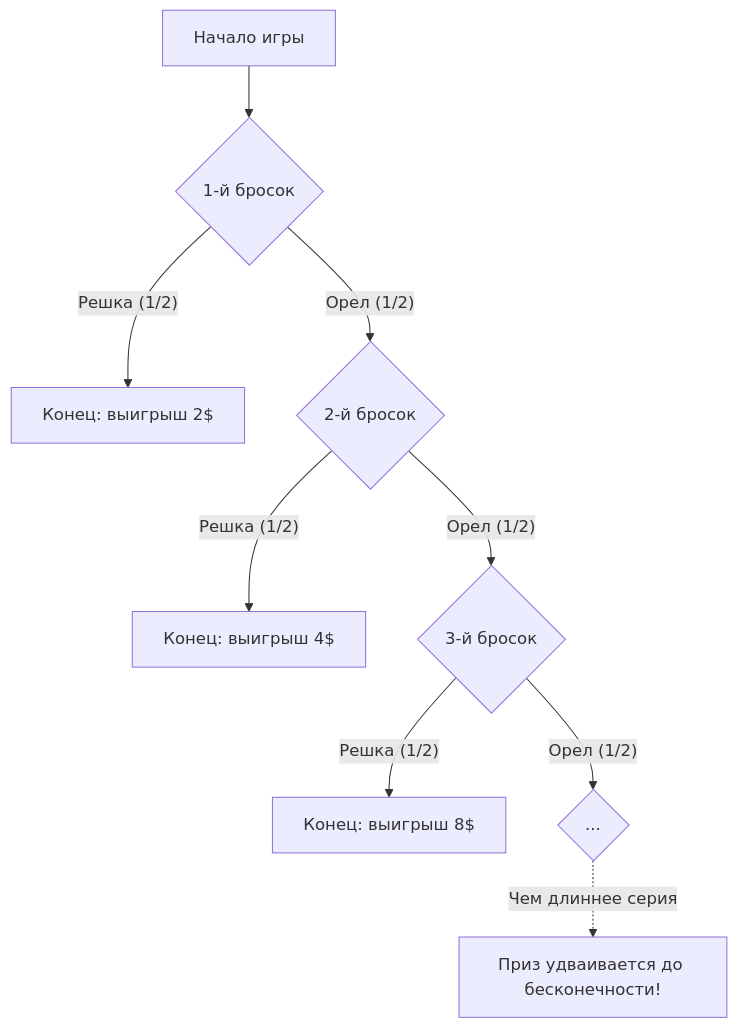
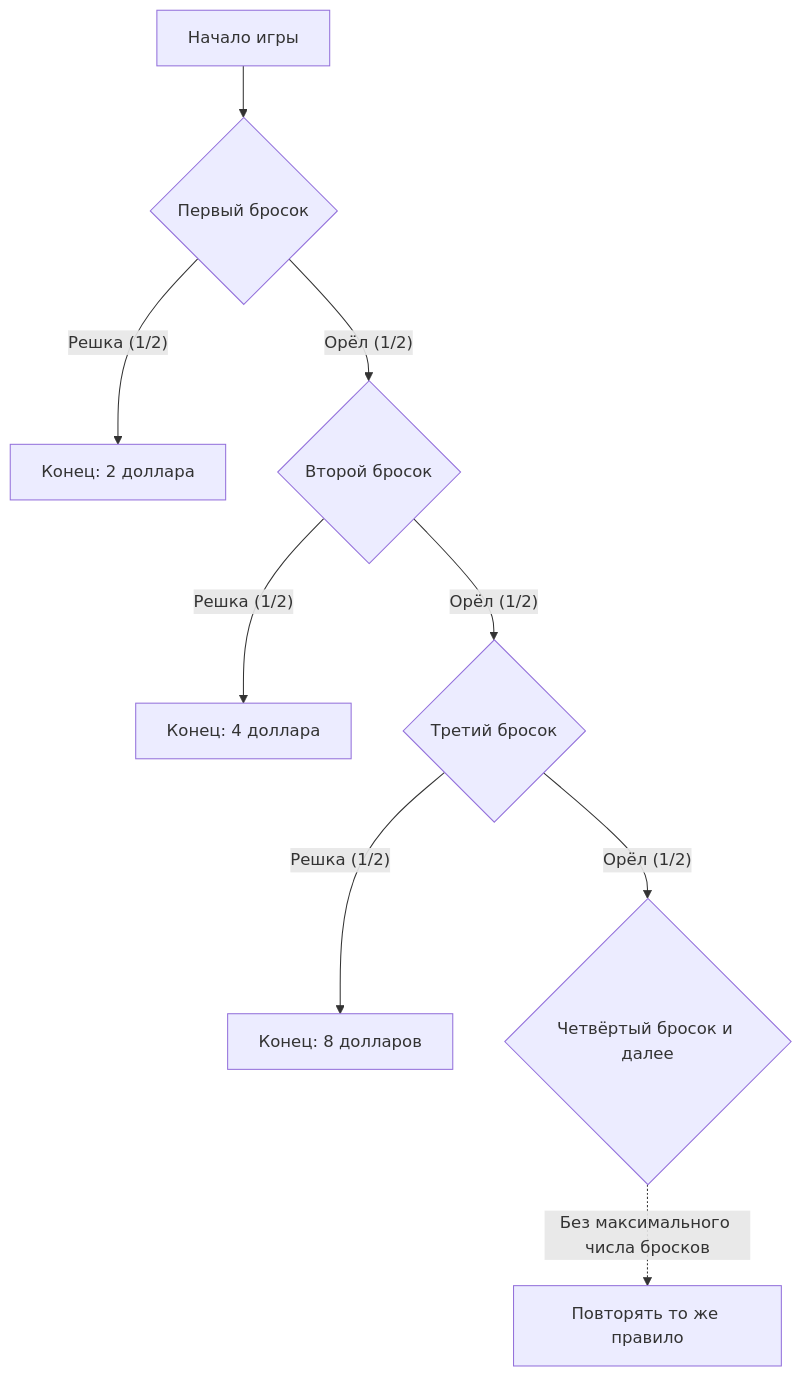
The diagram in content/post/サンクトペテルブルクのパラドックス/index.ru.md (kenjinote/blog), drawn with Mermaid before and after one commit. The commit also changed other lines of this file and 8 other files, not shown here.

````diff
--- a/content/post/サンクトペテルブルクのパラドックス/index.ru.md
+++ b/content/post/サンクトペテルブルクのパラドックス/index.ru.md
@@ -33,15 +32,11 @@
 ```mermaid
 graph TD
-    Start["Начало игры"] --> Toss1{"1-й бросок"}
-    
-    Toss1 -->|"Решка (1/2)"| End1["Конец: выигрыш 2$"]
-    Toss1 -->|"Орел (1/2)"| Toss2{"2-й бросок"}
-    
-    Toss2 -->|"Решка (1/2)"| End2["Конец: выигрыш 4$"]
-    Toss2 -->|"Орел (1/2)"| Toss3{"3-й бросок"}
-    
-    Toss3 -->|"Решка (1/2)"| End3["Конец: выигрыш 8$"]
-    Toss3 -->|"Орел (1/2)"| Toss4{"..."}
-    
-    Toss4 -.->|"Чем длиннее серия"| Infinite["Приз удваивается до бесконечности!"]
+    Start["Начало игры"] --> Toss1{"Первый бросок"}
+    Toss1 -->|"Решка (1/2)"| End1["Конец: 2 доллара"]
+    Toss1 -->|"Орёл (1/2)"| Toss2{"Второй бросок"}
+    Toss2 -->|"Решка (1/2)"| End2["Конец: 4 доллара"]
+    Toss2 -->|"Орёл (1/2)"| Toss3{"Третий бросок"}
+    Toss3 -->|"Решка (1/2)"| End3["Конец: 8 долларов"]
+    Toss3 -->|"Орёл (1/2)"| Toss4{"Четвёртый бросок и далее"}
+    Toss4 -.->|"Без максимального числа бросков"| Continue["Повторять то же правило"]
 ```
````
